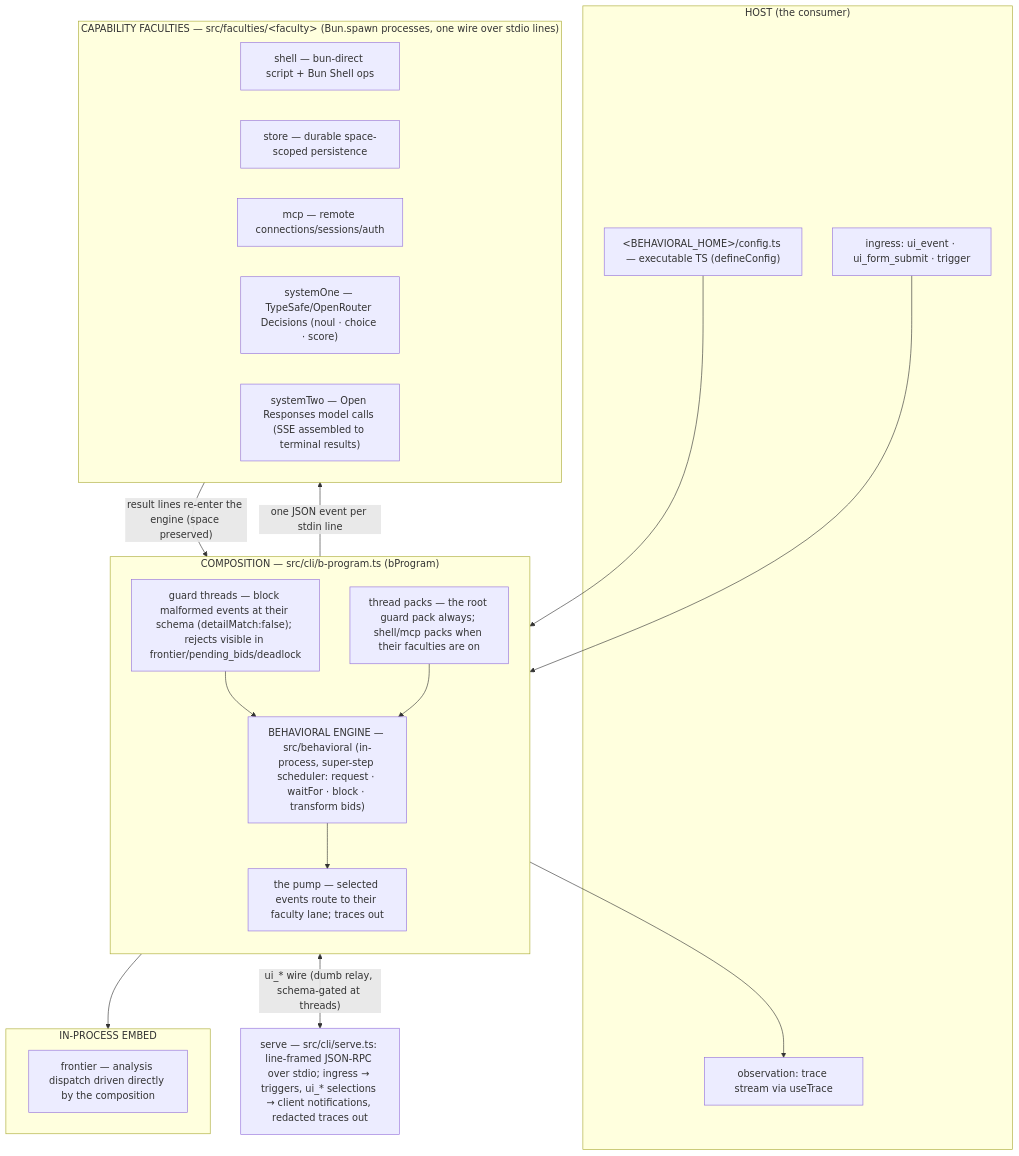
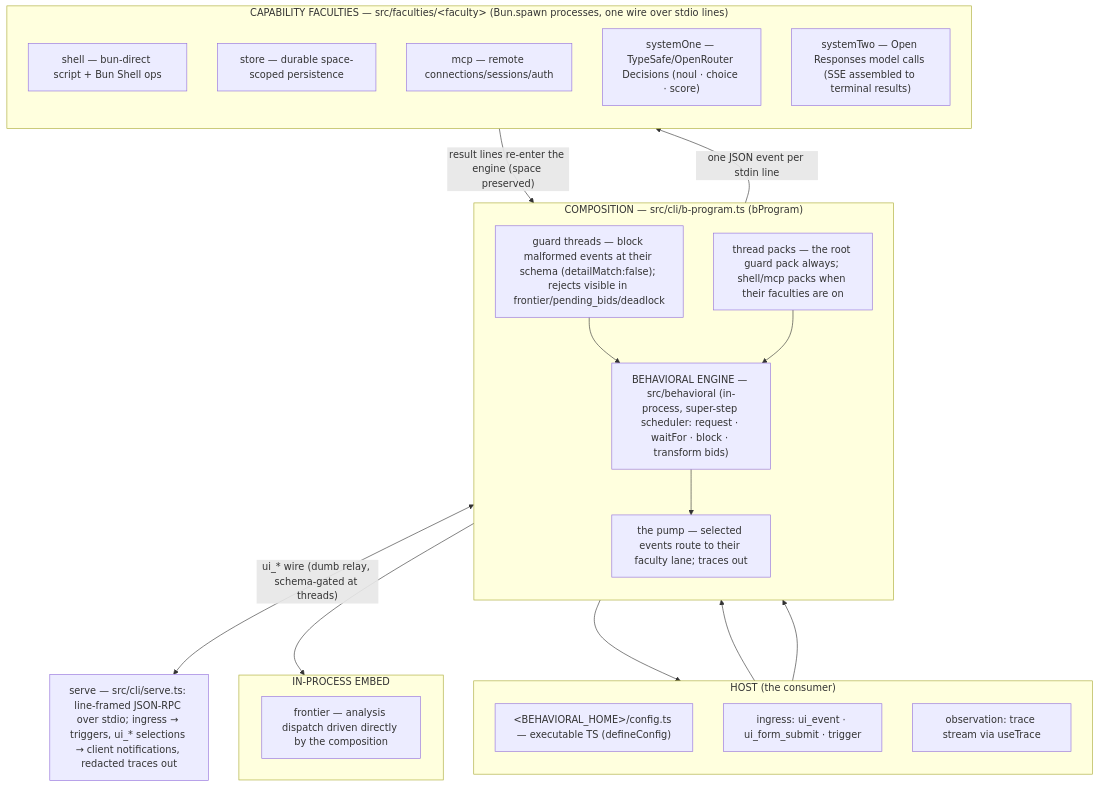
The diagram in README.md (plaited/behavioral), drawn with Mermaid before and after one commit.

Commit message:
docs(readme): the architecture diagram flows vertically
The diagram spread horizontally: every rank child of COMPOSE (frontier
embed, faculties, serve) sat side by side because they all link upward to
the composition. Now the subgraph members stack (direction TB in HOST
and FACULTIES), and invisible rank hints (~~~, layout-only) chain
embed -> faculties -> serve so the whole diagram reads top to bottom:
host, composition, in-process embed, spawned faculties, the serve edge.
No visible edge or label changed.

````diff
--- a/README.md
+++ b/README.md
@@ -16,41 +16,48 @@
 ```mermaid
 flowchart TD
   subgraph HOST["HOST (the consumer)"]
+    direction TB
     CONFIG["&lt;BEHAVIORAL_HOME&gt;/config.ts — executable TS (defineConfig)"]
     INGRESS["ingress: ui_event · ui_form_submit · trigger"]
     OUT["observation: trace stream via useTrace"]
   end
 
   subgraph COMPOSE["COMPOSITION — src/cli/b-program.ts (bProgram)"]
     direction TB
     ENGINE["BEHAVIORAL ENGINE — src/behavioral (in-process, super-step scheduler: request · waitFor · block · transform bids)"]
     ROUTER["the pump — selected events route to their faculty lane; traces out"]
     GUARDS["guard threads — block malformed events at their schema (detailMatch:false); rejects visible in frontier/pending_bids/deadlock"]
     PACKS["thread packs — the root guard pack always; shell/mcp packs when their faculties are on"]
     ENGINE --> ROUTER
     GUARDS --> ENGINE
     PACKS --> ENGINE
   end
 
+  subgraph EMBED["IN-PROCESS EMBED"]
+    FRONTIER["frontier — analysis dispatch driven directly by the composition"]
+  end
+
   subgraph FACULTIES["CAPABILITY FACULTIES — src/faculties/&lt;faculty&gt; (Bun.spawn processes, one wire over stdio lines)"]
+    direction TB
     SHELL["shell — bun-direct script + Bun Shell ops"]
     STORE["store — durable space-scoped persistence"]
     MCP["mcp — remote connections/sessions/auth"]
     S1["systemOne — TypeSafe/OpenRouter Decisions (noul · choice · score)"]
     S2["systemTwo — Open Responses model calls (SSE assembled to terminal results)"]
   end
 
-  subgraph EMBED["IN-PROCESS EMBED"]
-    FRONTIER["frontier — analysis dispatch driven directly by the composition"]
-  end
-
   IPC["serve — src/cli/serve.ts: line-framed JSON-RPC over stdio; ingress → triggers, ui_* selections → client notifications, redacted traces out"]
 
   CONFIG --> COMPOSE
   INGRESS --> COMPOSE
   COMPOSE --> OUT
+  COMPOSE --> EMBED
   ROUTER -->|"one JSON event per stdin line"| FACULTIES
   FACULTIES -->|"result lines re-enter the engine (space preserved)"| ROUTER
-  COMPOSE --> EMBED
   COMPOSE <-->|"ui_* wire (dumb relay, schema-gated at threads)"| IPC
+
+  %% Layout-only rank hints (invisible edges) — stack the ranks top to bottom
+  %% so the diagram flows vertically instead of spreading horizontally.
+  EMBED ~~~ FACULTIES
+  FACULTIES ~~~ IPC
 ```
````
